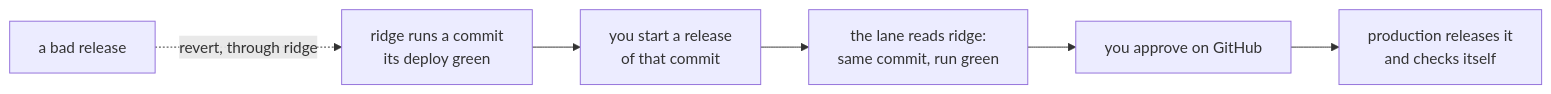
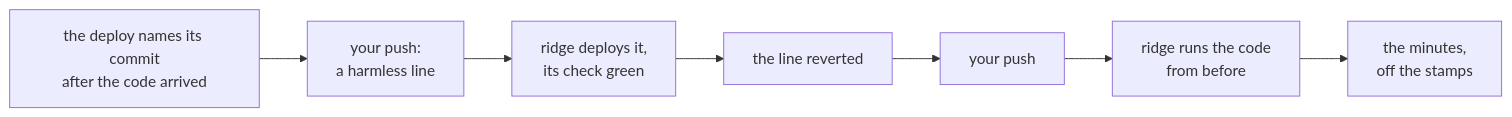
One commit to ancJ29/credo changed the diagram in docs/plans/2026-11-12-production.md. Above: the diagram before and after it, drawn with Mermaid. The commit also changed other lines of this file, not shown here.

First line of the commit message:
docs(plans): production re-cut, the order fix and the way back timed on ridge, the rest parked

````diff
--- a/docs/plans/2026-11-12-production.md
+++ b/docs/plans/2026-11-12-production.md
@@ -10,8 +10,7 @@
 ```mermaid
 flowchart LR
-  ridge["ridge runs a commit<br/>its deploy green"] --> ask["you start a release<br/>of that commit"]
-  ask --> read["the lane reads ridge:<br/>same commit, run green"]
-  read --> ok["you approve on GitHub"]
-  ok --> prod["production releases it<br/>and checks itself"]
-  bad["a bad release"] -. "revert, through ridge" .-> ridge
+  fix["the deploy names its commit<br/>after the code arrived"] --> push1["your push:<br/>a harmless line"]
+  push1 --> ridge1["ridge deploys it,<br/>its check green"]
+  ridge1 --> rev["the line reverted"] --> push2["your push"]
+  push2 --> ridge2["ridge runs the code<br/>from before"] --> min["the minutes,<br/>off the stamps"]
 ```
````
